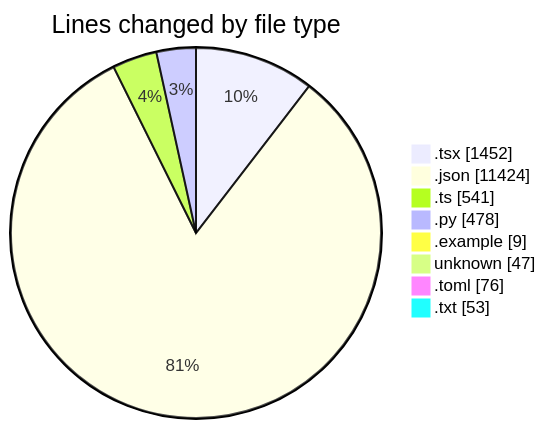
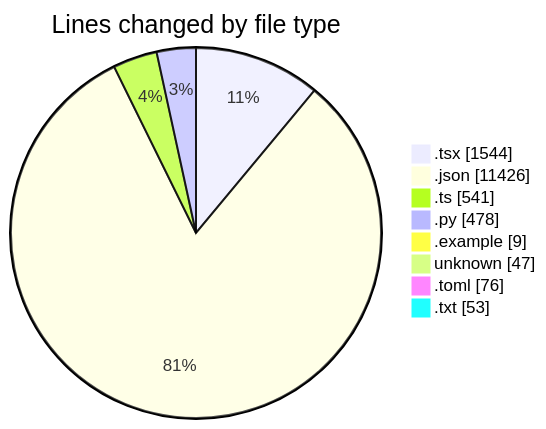
One commit to Elitesun/code-tracking changed the first of 2 diagrams in 2025-04-30/niten/README.md. Above: the diagram before and after it, drawn with Mermaid. The commit also changed other lines of this file and 1 other file, not shown here.

````diff
--- a/2025-04-30/niten/README.md
+++ b/2025-04-30/niten/README.md
@@ -65,12 +66,12 @@
 ```mermaid
 pie showData
 title Lines changed by file type
-".tsx" : 1452
-".json" : 11424
+".tsx" : 1544
+".json" : 11426
 ".ts" : 541
 ".py" : 478
 ".example" : 9
 "unknown" : 47
 ".toml" : 76
 ".txt" : 53
 ```
````
